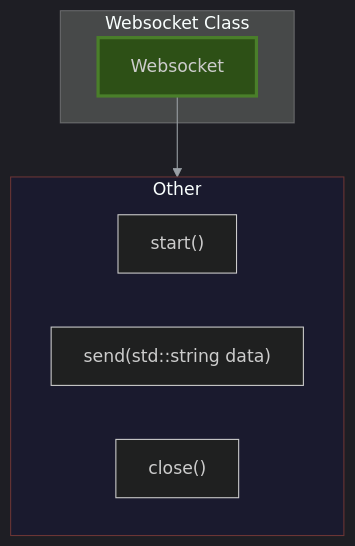
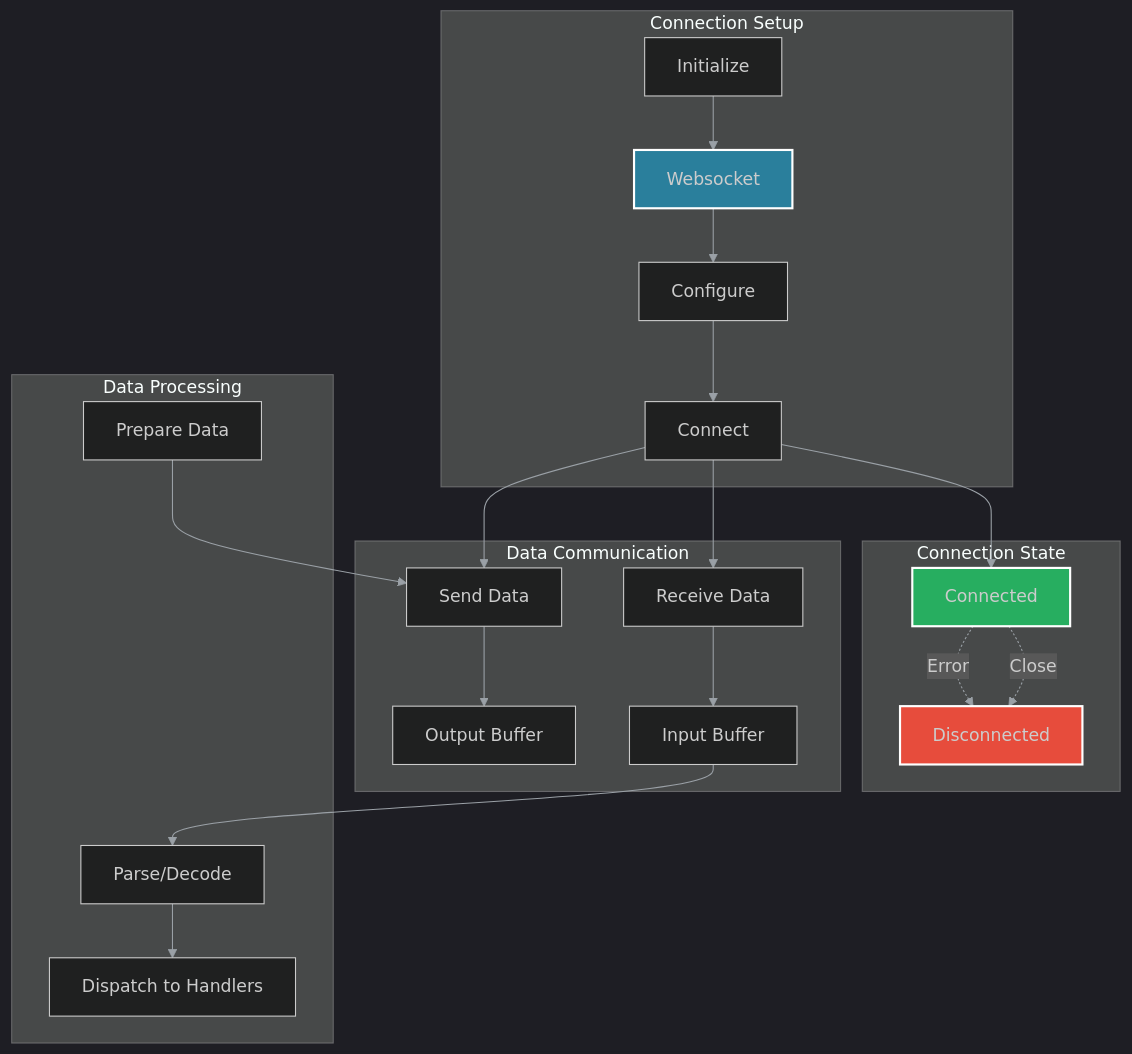
Before and after one commit to lukaszj321/otcv8-dev: the diagram in docs/authoring/01_core/api/cpp/framework/diagrams/websocket.mmd, drawn with Mermaid. The commit also changed 222 other files, not shown here.

Commit message:
refactor: convert all diagrams to conceptual flow format - no truncation, context-focused

```diff
--- a/docs/authoring/01_core/api/cpp/framework/diagrams/websocket.mmd
+++ b/docs/authoring/01_core/api/cpp/framework/diagrams/websocket.mmd
@@ -1,16 +1,30 @@
 %%{init: {'theme':'dark','themeVariables': {'primaryTextColor':'#ddd','lineColor':'#9aa0a6'},'securityLevel':'loose'}}%%
-graph TB
-    subgraph Class["Websocket Class"]
-        MAIN["Websocket"]
-    end
-    
-    subgraph Other["Other"]
-        Other_0["start()"]
-        Other_1["send(std::string data)"]
-        Other_2["close()"]
+graph TD
+    subgraph Setup["Connection Setup"]
+        A[Initialize] --> B[Websocket]
+        B --> C[Configure]
+        C --> D[Connect]
     end
 
-    MAIN --> Other
+    subgraph Communication["Data Communication"]
+        D --> E[Send Data]
+        D --> F[Receive Data]
+        E --> G[Output Buffer]
+        F --> H[Input Buffer]
+    end
 
-    style MAIN fill:#2d5016,stroke:#4a7f2a,stroke-width:3px
-    style Other fill:#1a1a2e,stroke:#6b3535
+    subgraph Processing["Data Processing"]
+        H --> I[Parse/Decode]
+        I --> J[Dispatch to Handlers]
+        K[Prepare Data] --> E
+    end
+
+    subgraph State["Connection State"]
+        D --> L[Connected]
+        L -.Error.-> M[Disconnected]
+        L -.Close.-> M
+    end
+
+    style B fill:#2a7f9c,stroke:#fff,stroke-width:2px
+    style L fill:#27ae60,stroke:#fff,stroke-width:2px
+    style M fill:#e74c3c,stroke:#fff,stroke-width:2px
```
